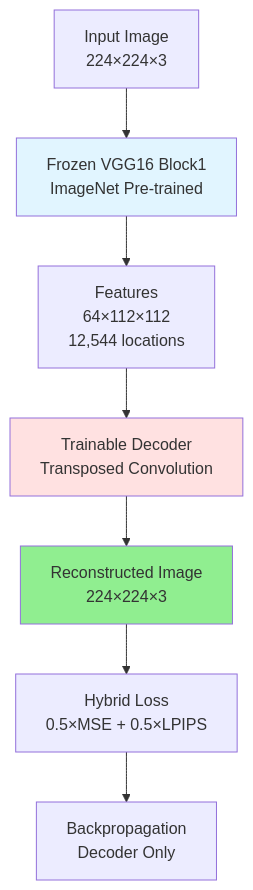
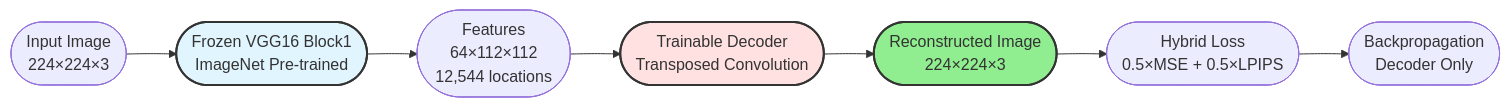
One commit to DanicaBlazanovic/CAP6415_F25_project_Input_Image_Reconstruction_from_Features changed the first of 9 diagrams in methodology.md. Above: the diagram before and after it, drawn with Mermaid. The commit also changed other lines of this file, not shown here.

````diff
--- a/methodology.md
+++ b/methodology.md
@@ -11,13 +11,13 @@
 ```mermaid
-graph TD
-    A[Input Image<br/>224×224×3] --> B[Frozen VGG16 Block1<br/>ImageNet Pre-trained]
-    B --> C[Features<br/>64×112×112<br/>12,544 locations]
-    C --> D[Trainable Decoder<br/>Transposed Convolution]
-    D --> E[Reconstructed Image<br/>224×224×3]
-    E --> F[Hybrid Loss<br/>0.5×MSE + 0.5×LPIPS]
-    F --> G[Backpropagation<br/>Decoder Only]
+graph LR
+    A([Input Image<br/>224×224×3]) --> B([Frozen VGG16 Block1<br/>ImageNet Pre-trained])
+    B --> C([Features<br/>64×112×112<br/>12,544 locations])
+    C --> D([Trainable Decoder<br/>Transposed Convolution])
+    D --> E([Reconstructed Image<br/>224×224×3])
+    E --> F([Hybrid Loss<br/>0.5×MSE + 0.5×LPIPS])
+    F --> G([Backpropagation<br/>Decoder Only])
     
-    style B fill:#e1f5ff
-    style D fill:#ffe1e1
-    style E fill:#90EE90
+    style B fill:#e1f5ff,stroke:#333,stroke-width:2px
+    style D fill:#ffe1e1,stroke:#333,stroke-width:2px
+    style E fill:#90EE90,stroke:#333,stroke-width:2px
 ```
````
